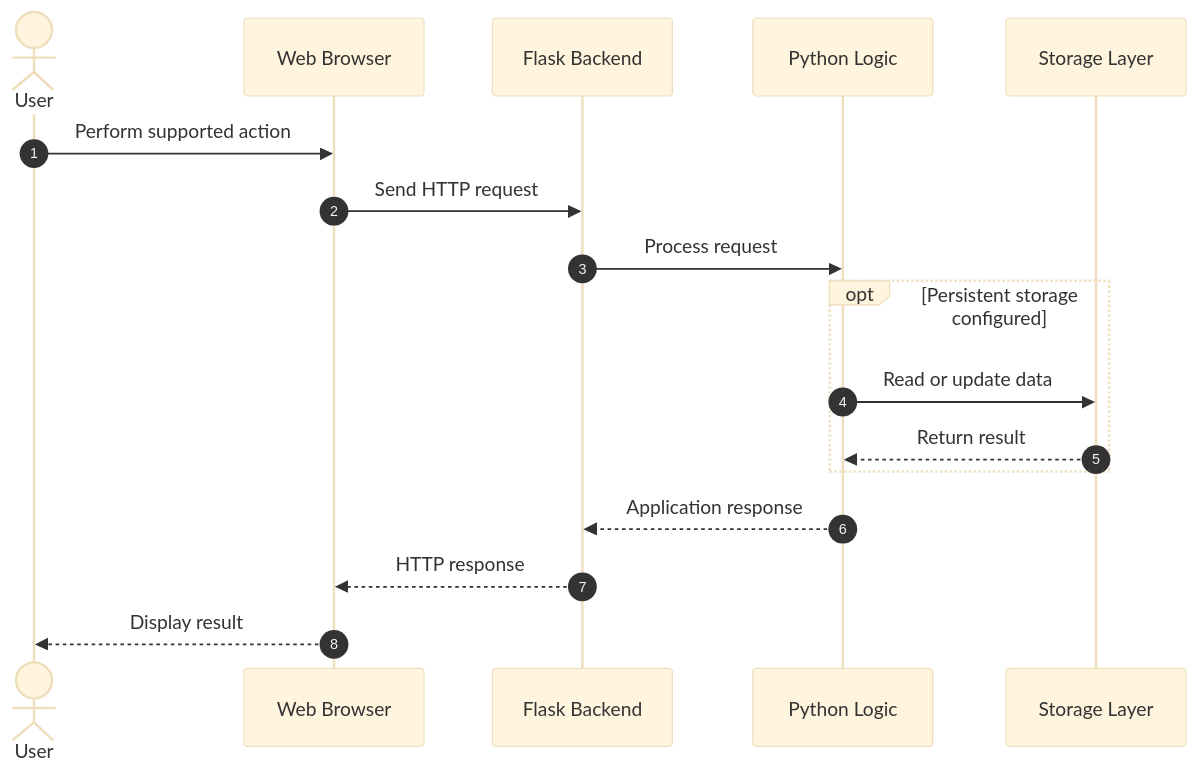
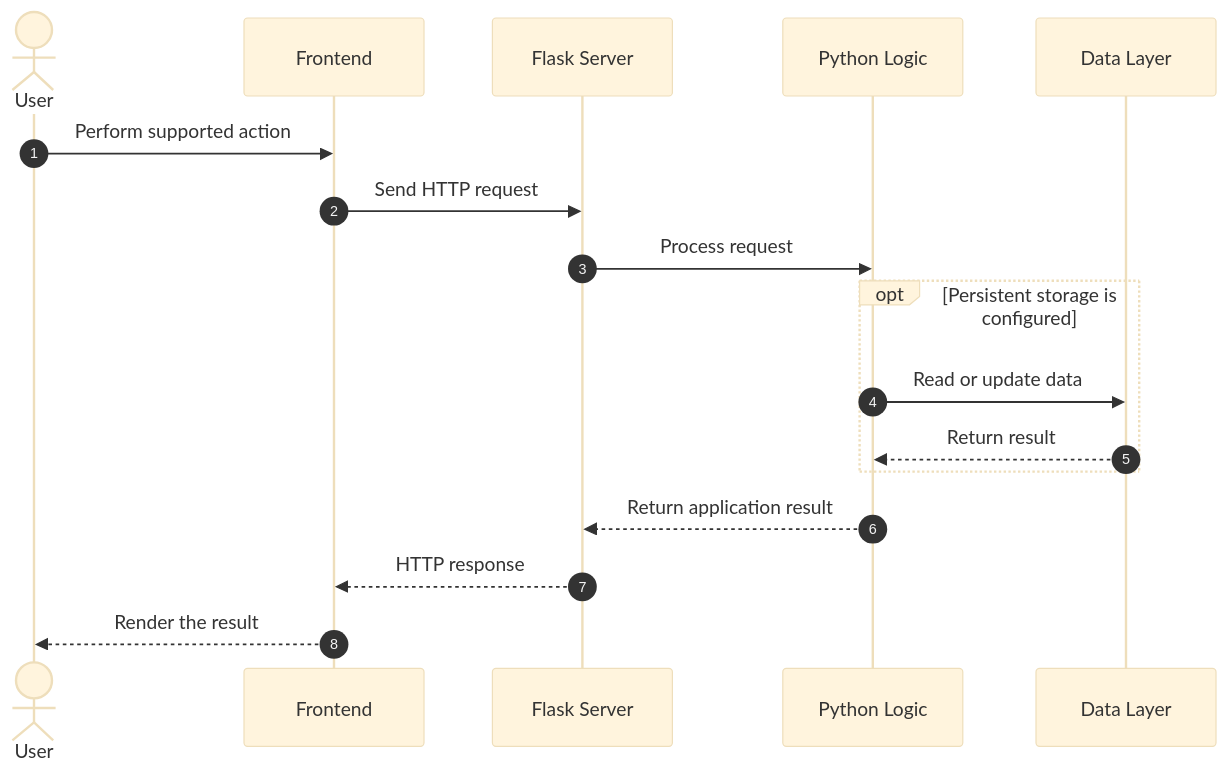
The second of 5 diagrams in README.md (maahii-in/first-pratice-2021), drawn with Mermaid (base theme) before and after one commit. The commit also changed other lines of this file, not shown here.

````diff
--- a/README.md
+++ b/README.md
@@ -386,20 +494,20 @@
 ```mermaid
 sequenceDiagram
     autonumber
     actor User
-    participant Browser as Web Browser
-    participant Flask as Flask Backend
+    participant Browser as Frontend
+    participant Flask as Flask Server
     participant Logic as Python Logic
-    participant Store as Storage Layer
+    participant Storage as Data Layer
 
     User->>Browser: Perform supported action
     Browser->>Flask: Send HTTP request
     Flask->>Logic: Process request
-    opt Persistent storage configured
-        Logic->>Store: Read or update data
-        Store-->>Logic: Return result
+    opt Persistent storage is configured
+        Logic->>Storage: Read or update data
+        Storage-->>Logic: Return result
     end
-    Logic-->>Flask: Application response
+    Logic-->>Flask: Return application result
     Flask-->>Browser: HTTP response
-    Browser-->>User: Display result
+    Browser-->>User: Render the result
 ```
````
